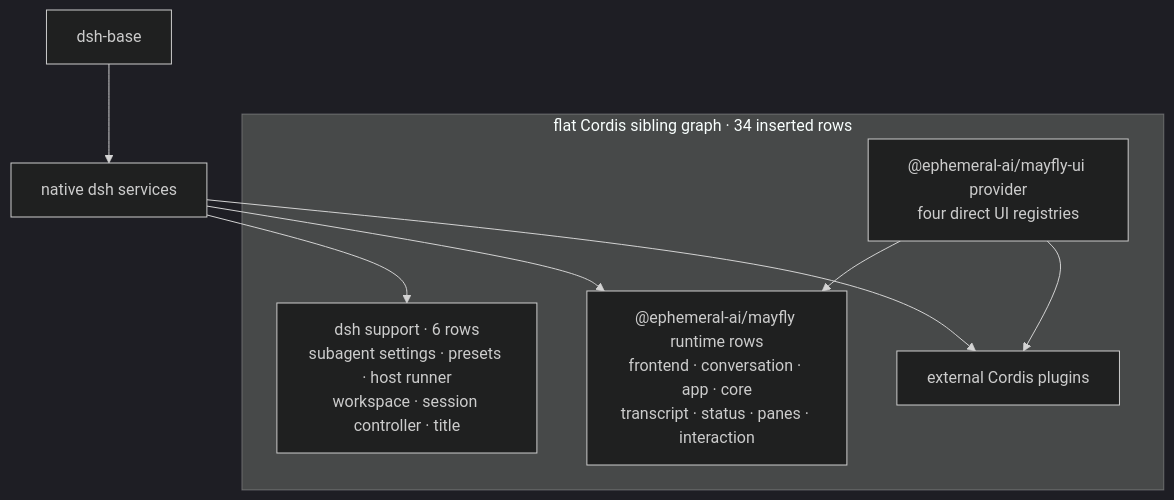
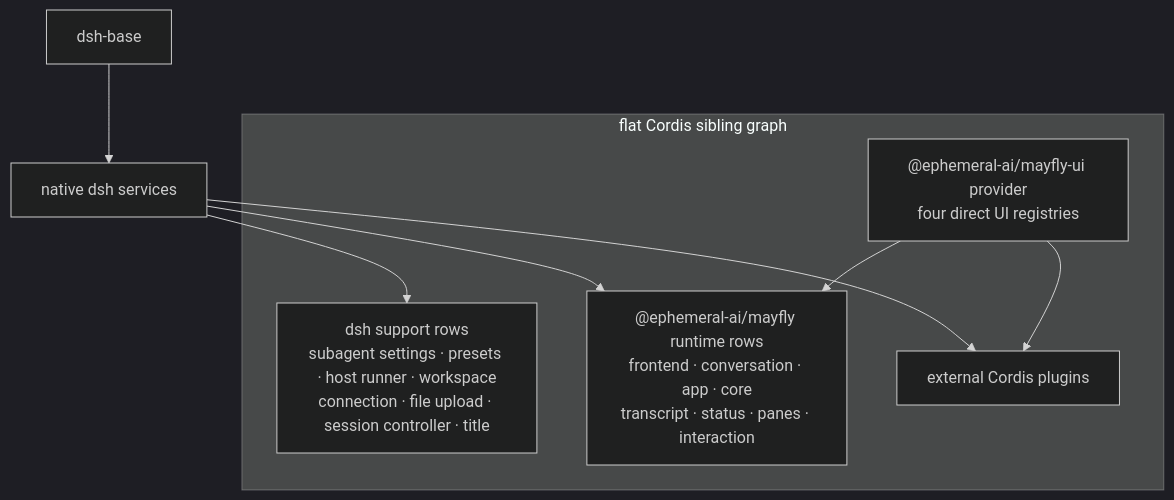
The second of 2 diagrams in docs/mayfly-architecture.md (Ephemeral-AI-Lab/mayfly), drawn with Mermaid (dark theme) before and after one commit. The commit also changed other lines of this file and 44 other files, not shown here.

````diff
--- a/docs/mayfly-architecture.md
+++ b/docs/mayfly-architecture.md
@@ -117,18 +117,18 @@
 ```mermaid
 flowchart TB
     BASE["dsh-base"]
-    subgraph GRAPH["flat Cordis sibling graph · 34 inserted rows"]
-        SUPPORT["dsh support · 6 rows<br/>subagent settings · presets · host runner<br/>workspace · session controller · title"]
+    subgraph GRAPH["flat Cordis sibling graph"]
+        SUPPORT["dsh support rows<br/>subagent settings · presets · host runner · workspace<br/>connection · file upload · session controller · title"]
         UI["@ephemeral-ai/mayfly-ui provider<br/>four direct UI registries"]
         RUNTIME["@ephemeral-ai/mayfly runtime rows<br/>frontend · conversation · app · core<br/>transcript · status · panes · interaction"]
         PLUGINS["external Cordis plugins"]
     end
     NATIVE["native dsh services"]
 
     BASE --> NATIVE
     NATIVE --> SUPPORT
     NATIVE --> RUNTIME
     NATIVE --> PLUGINS
     UI --> RUNTIME
     UI --> PLUGINS
 ```
````
